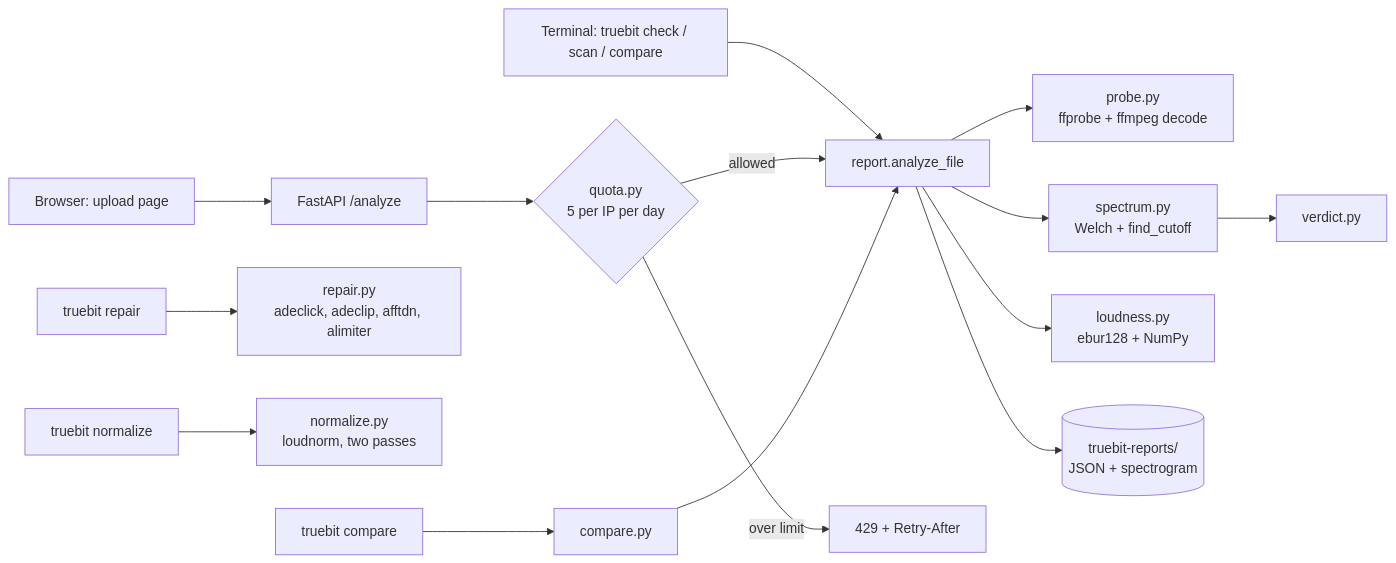
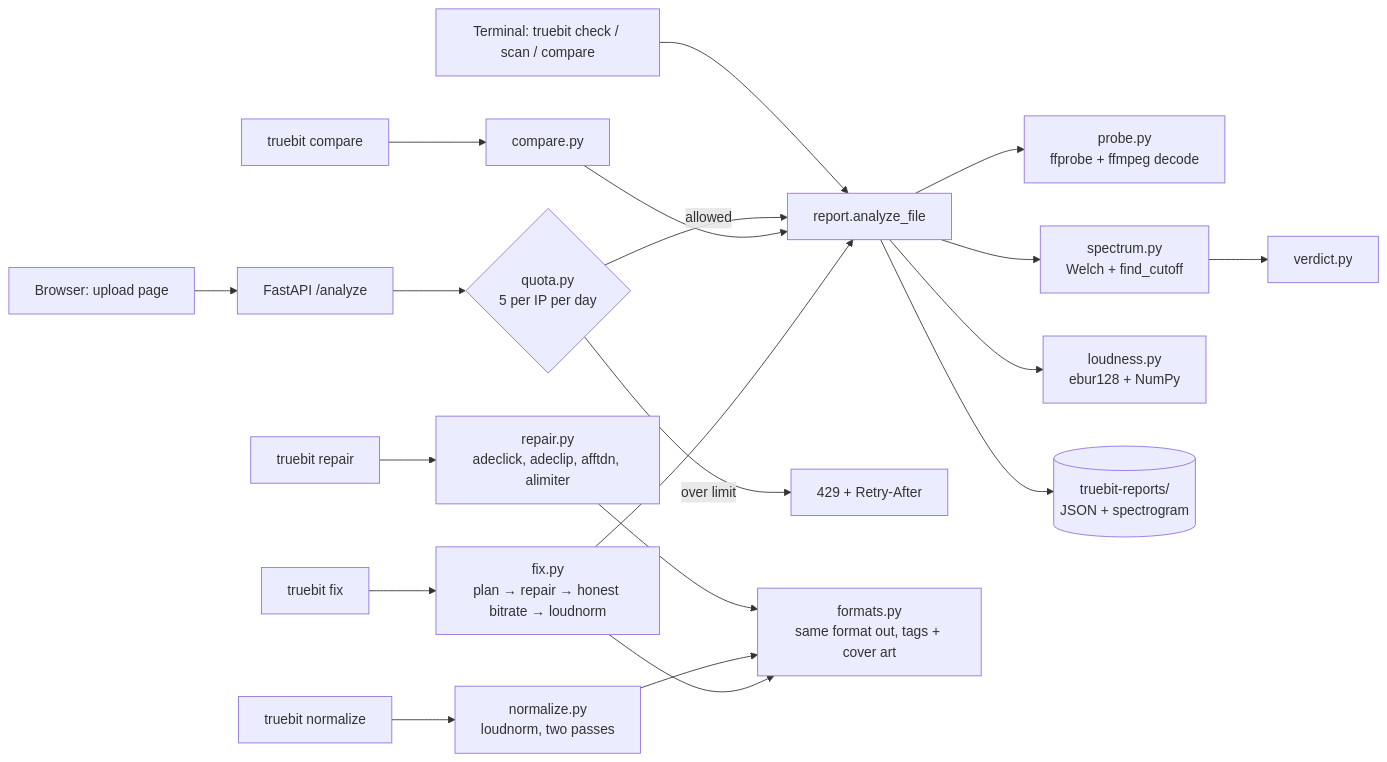
The sixth of 6 diagrams in README.md (stackvs18/truebit), drawn with Mermaid before and after one commit. The commit also changed other lines of this file and 20 other files, not shown here.

First line of the commit message:
TrueBit 0.2: every audio format, the real bitrate, and a fix command

````diff
--- a/README.md
+++ b/README.md
@@ -255,15 +323,17 @@
 ```mermaid
 flowchart LR
     U1[Terminal: truebit check / scan / compare] --> R[report.analyze_file]
     U2[Browser: upload page] --> API[FastAPI /analyze] --> Q{quota.py<br/>5 per IP per day}
     Q -->|allowed| R
     Q -->|over limit| E429[429 + Retry-After]
     R --> P[probe.py<br/>ffprobe + ffmpeg decode]
     R --> S[spectrum.py<br/>Welch + find_cutoff]
     R --> L[loudness.py<br/>ebur128 + NumPy]
     S --> V[verdict.py]
     R --> J[(truebit-reports/<br/>JSON + spectrogram)]
     U3[truebit repair] --> RP[repair.py<br/>adeclick, adeclip, afftdn, alimiter]
     U4[truebit normalize] --> N[normalize.py<br/>loudnorm, two passes]
     U5[truebit compare] --> C[compare.py] --> R
+    U6[truebit fix] --> FX[fix.py<br/>plan → repair → honest bitrate → loudnorm] --> R
+    RP & N & FX --> FM[formats.py<br/>same format out, tags + cover art]
 ```
````
